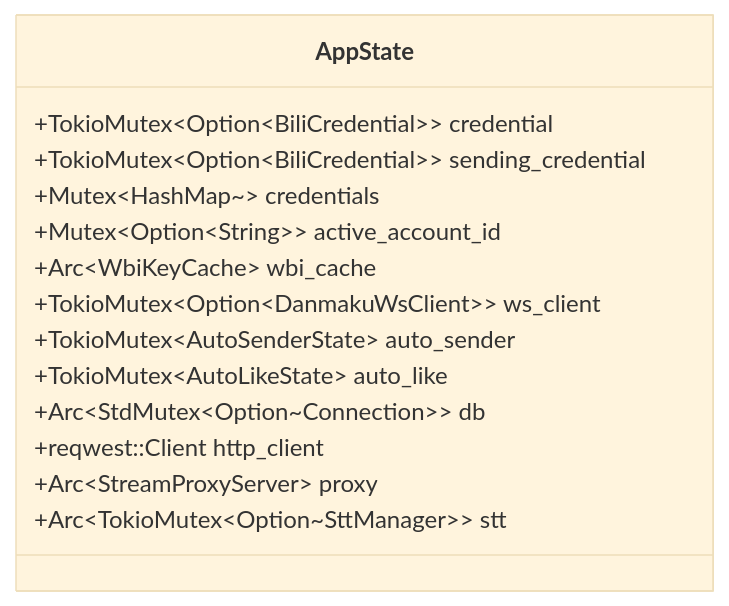
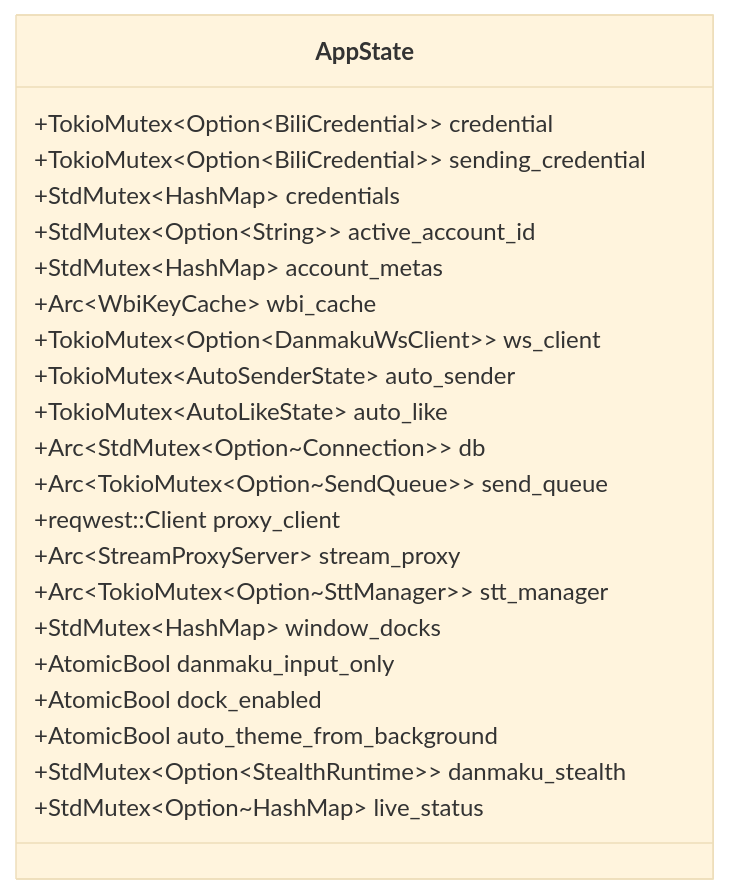
One commit to sfqy211/bilidanmu changed the second of 2 diagrams in docs/docs/architecture/backend.md. Above: the diagram before and after it, drawn with Mermaid (base theme). The commit also changed other lines of this file and 29 other files, not shown here.

````diff
--- a/docs/docs/architecture/backend.md
+++ b/docs/docs/architecture/backend.md
@@ -104,17 +137,25 @@
 ```mermaid
 classDiagram
     class AppState {
         +TokioMutex~Option~BiliCredential~~ credential
         +TokioMutex~Option~BiliCredential~~ sending_credential
-        +Mutex~HashMap~~ credentials
-        +Mutex~Option~String~~ active_account_id
+        +StdMutex~HashMap~ credentials
+        +StdMutex~Option~String~~ active_account_id
+        +StdMutex~HashMap~ account_metas
         +Arc~WbiKeyCache~ wbi_cache
         +TokioMutex~Option~DanmakuWsClient~~ ws_client
         +TokioMutex~AutoSenderState~ auto_sender
         +TokioMutex~AutoLikeState~ auto_like
         +Arc~StdMutex~Option~Connection~~ db
-        +reqwest::Client http_client
-        +Arc~StreamProxyServer~ proxy
-        +Arc~TokioMutex~Option~SttManager~~ stt
+        +Arc~TokioMutex~Option~SendQueue~~ send_queue
+        +reqwest::Client proxy_client
+        +Arc~StreamProxyServer~ stream_proxy
+        +Arc~TokioMutex~Option~SttManager~~ stt_manager
+        +StdMutex~HashMap~ window_docks
+        +AtomicBool danmaku_input_only
+        +AtomicBool dock_enabled
+        +AtomicBool auto_theme_from_background
+        +StdMutex~Option~StealthRuntime~~ danmaku_stealth
+        +StdMutex~Option~HashMap~ live_status
     }
 ```
````
